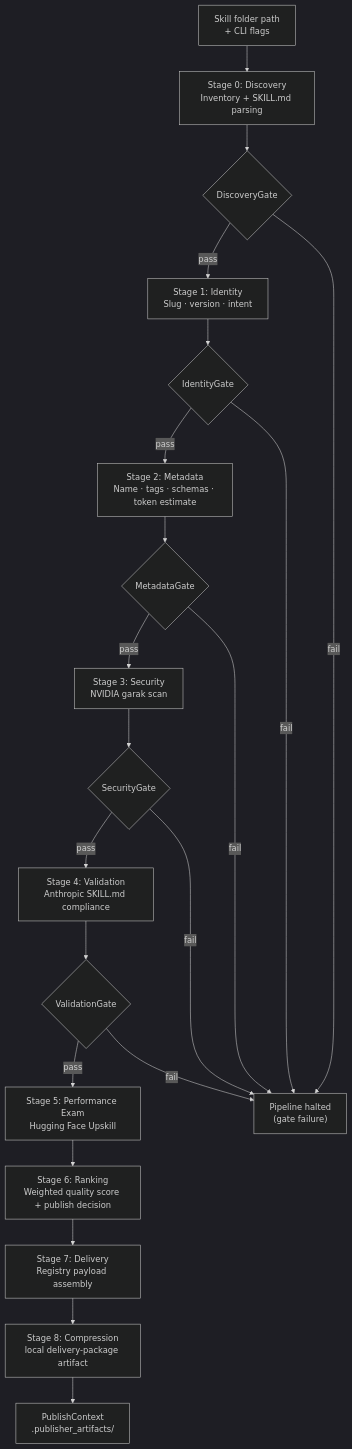
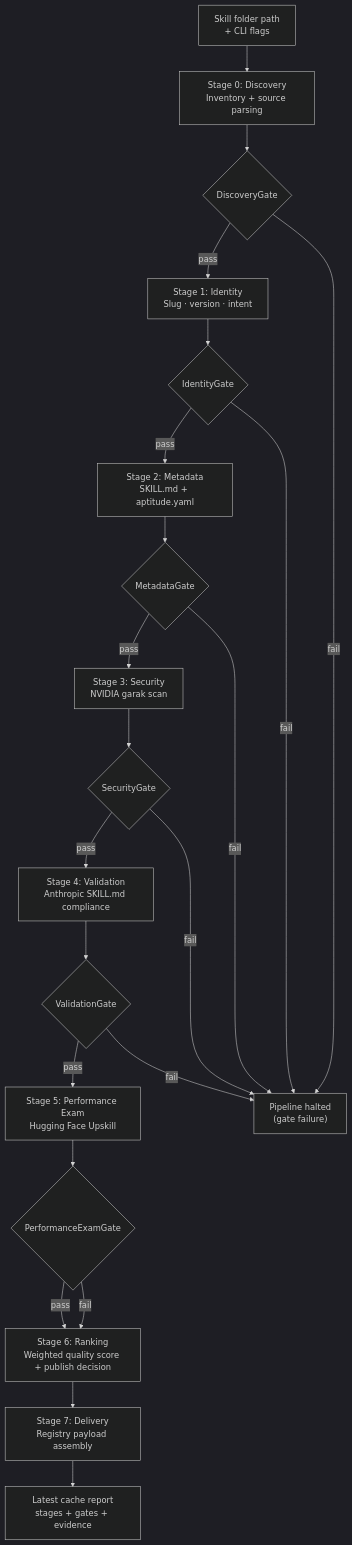
The diagram in publisher/evaluation-pipeline.md (aptitude-stack/docs), drawn with Mermaid (dark theme) before and after one commit. The commit also changed other lines of this file and 6 other files, not shown here.

First line of the commit message:
Refactor publisher evaluation and artifact handling

````diff
--- a/publisher/evaluation-pipeline.md
+++ b/publisher/evaluation-pipeline.md
@@ -9,33 +12,35 @@
 ```mermaid
 flowchart TD
     IN["Skill folder path\n+ CLI flags"]
-    D["Stage 0: Discovery\nInventory + SKILL.md parsing"]
+    D["Stage 0: Discovery\nInventory + source parsing"]
     DG{"DiscoveryGate"}
     I["Stage 1: Identity\nSlug · version · intent"]
     IG{"IdentityGate"}
-    M["Stage 2: Metadata\nName · tags · schemas · token estimate"]
+    M["Stage 2: Metadata\nSKILL.md + aptitude.yaml"]
     MG{"MetadataGate"}
     S["Stage 3: Security\nNVIDIA garak scan"]
     SG{"SecurityGate"}
     V["Stage 4: Validation\nAnthropic SKILL.md compliance"]
     VG{"ValidationGate"}
     P["Stage 5: Performance Exam\nHugging Face Upskill"]
+    PG{"PerformanceExamGate"}
     R["Stage 6: Ranking\nWeighted quality score + publish decision"]
     DEL["Stage 7: Delivery\nRegistry payload assembly"]
-    C["Stage 8: Compression\nlocal delivery-package artifact"]
-    OUT["PublishContext\n.publisher_artifacts/"]
+    OUT["Latest cache report\nstages + gates + evidence"]
 
     HALT["Pipeline halted\n(gate failure)"]
 
     IN --> D --> DG
     DG -- pass --> I --> IG
     DG -- fail --> HALT
     IG -- pass --> M --> MG
     IG -- fail --> HALT
     MG -- pass --> S --> SG
     MG -- fail --> HALT
     SG -- pass --> V --> VG
     SG -- fail --> HALT
-    VG -- pass --> P --> R --> DEL --> C --> OUT
+    VG -- pass --> P --> PG
+    PG -- pass --> R --> DEL --> OUT
+    PG -- fail --> R
     VG -- fail --> HALT
 ```
````
